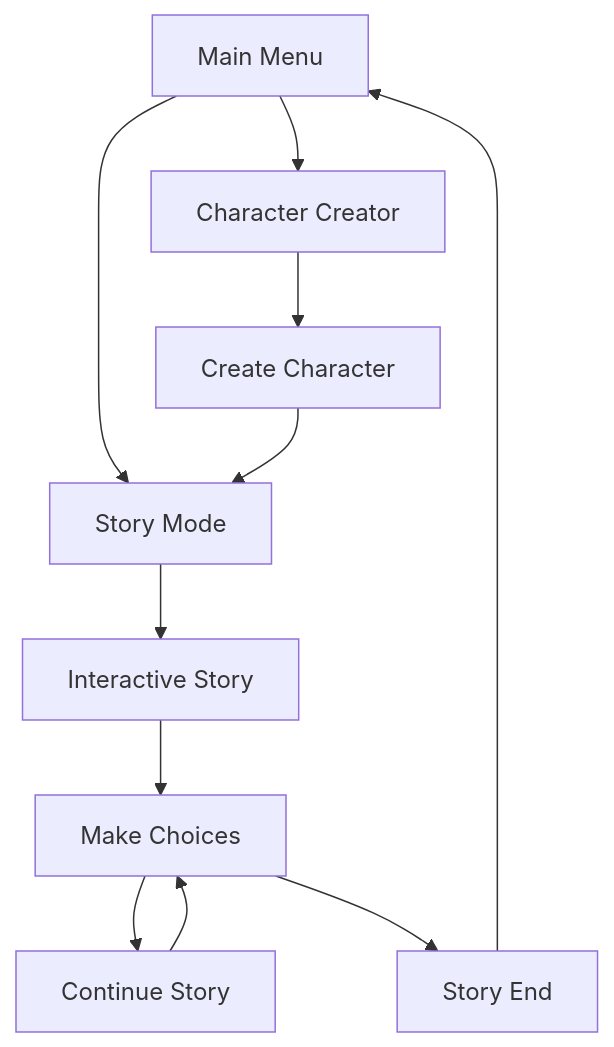
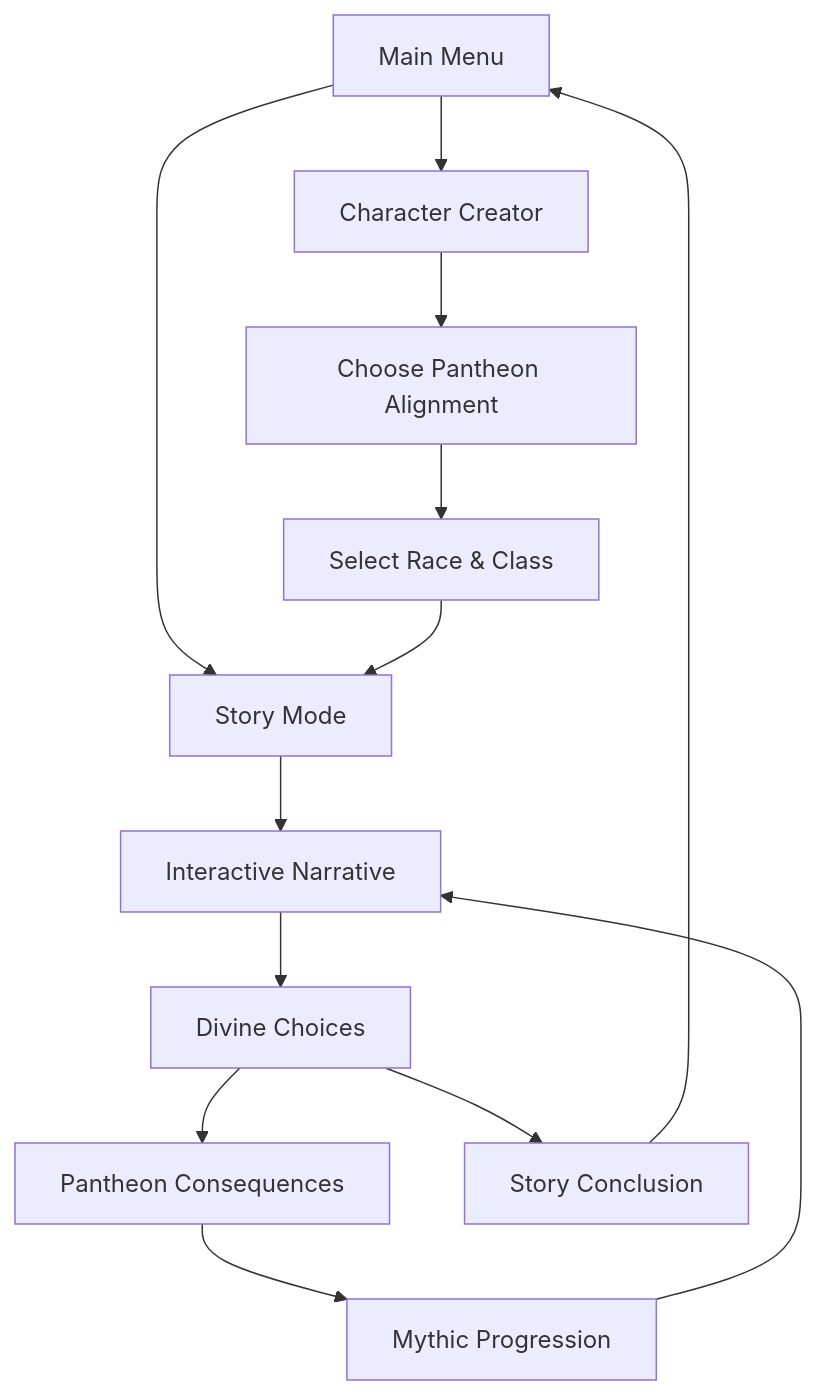
Before and after one commit to Lexargg/milindor: the diagram in README.md, drawn with Mermaid. The commit also changed other lines of this file and 14 other files, not shown here.

````diff
--- a/README.md
+++ b/README.md
@@ -75,13 +97,15 @@
 ```mermaid
 graph TD
     A[Main Menu] --> B[Character Creator]
     A --> C[Story Mode]
-    B --> D[Create Character]
-    D --> C
-    C --> E[Interactive Story]
-    E --> F[Make Choices]
-    F --> G[Continue Story]
-    G --> F
-    F --> H[Story End]
-    H --> A
+    B --> D[Choose Pantheon Alignment]
+    D --> E[Select Race & Class]
+    E --> C
+    C --> F[Interactive Narrative]
+    F --> G[Divine Choices]
+    G --> H[Pantheon Consequences]
+    H --> I[Mythic Progression]
+    I --> F
+    G --> J[Story Conclusion]
+    J --> A
 ```
````
